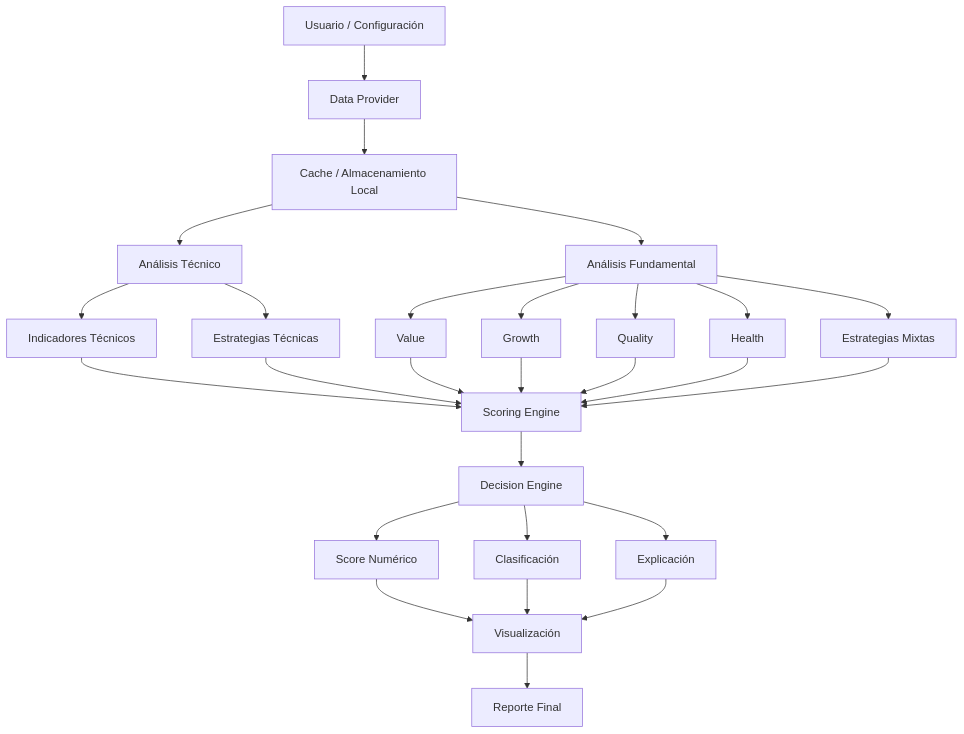
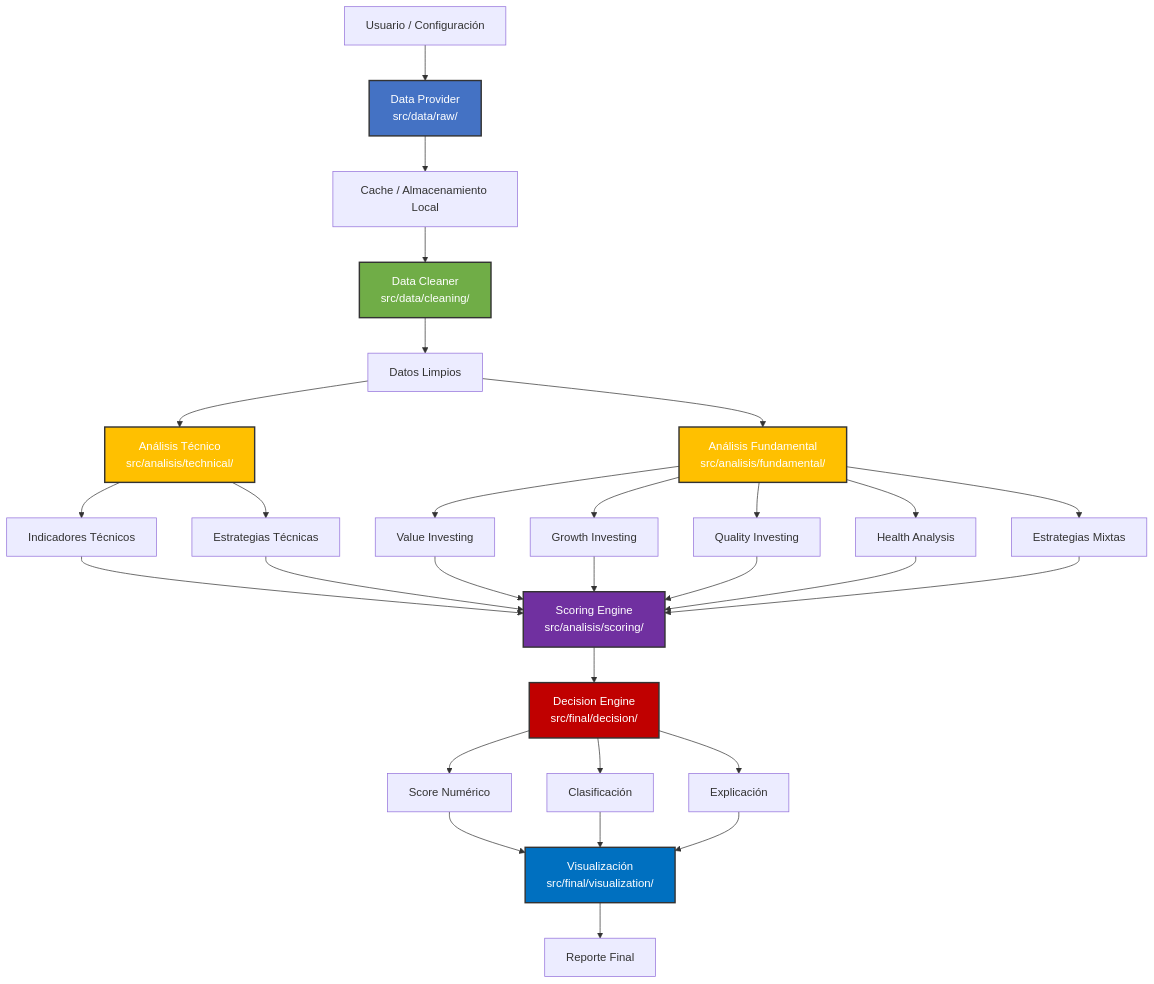
Before and after one commit to Romequinco/Sistema-De-Analisis-Financiero: the diagram in architecture_diagram.md, drawn with Mermaid. The commit also changed other lines of this file and 37 other files, not shown here.

````diff
--- a/architecture_diagram.md
+++ b/architecture_diagram.md
@@ -3,38 +3,49 @@
 ```mermaid
 flowchart TD
 
-A[Usuario / Configuración] --> B[Data Provider]
+A[Usuario / Configuración] --> B[Data Provider<br/>src/data/raw/]
 B --> C[Cache / Almacenamiento Local]
 
-C --> D[Análisis Técnico]
-C --> E[Análisis Fundamental]
+C --> D1[Data Cleaner<br/>src/data/cleaning/]
+D1 --> D2[Datos Limpios]
 
-D --> D1[Indicadores Técnicos]
-D --> D2[Estrategias Técnicas]
+D2 --> E[Análisis Técnico<br/>src/analisis/technical/]
+D2 --> F[Análisis Fundamental<br/>src/analisis/fundamental/]
 
-E --> E1[Value]
-E --> E2[Growth]
-E --> E3[Quality]
-E --> E4[Health]
-E --> E5[Estrategias Mixtas]
+E --> E1[Indicadores Técnicos]
+E --> E2[Estrategias Técnicas]
 
-D1 --> F[Scoring Engine]
-D2 --> F
-E1 --> F
-E2 --> F
-E3 --> F
-E4 --> F
-E5 --> F
+F --> F1[Value Investing]
+F --> F2[Growth Investing]
+F --> F3[Quality Investing]
+F --> F4[Health Analysis]
+F --> F5[Estrategias Mixtas]
 
-F --> G[Decision Engine]
+E1 --> G[Scoring Engine<br/>src/analisis/scoring/]
+E2 --> G
+F1 --> G
+F2 --> G
+F3 --> G
+F4 --> G
+F5 --> G
 
-G --> H1[Score Numérico]
-G --> H2[Clasificación]
-G --> H3[Explicación]
+G --> H[Decision Engine<br/>src/final/decision/]
 
-H1 --> I[Visualización]
+H --> H1[Score Numérico]
+H --> H2[Clasificación]
+H --> H3[Explicación]
+
+H1 --> I[Visualización<br/>src/final/visualization/]
 H2 --> I
 H3 --> I
 
 I --> J[Reporte Final]
+
+style B fill:#4472C4,stroke:#333,stroke-width:2px,color:#fff
+style D1 fill:#70AD47,stroke:#333,stroke-width:2px,color:#fff
+style E fill:#FFC000,stroke:#333,stroke-width:2px,color:#fff
+style F fill:#FFC000,stroke:#333,stroke-width:2px,color:#fff
+style G fill:#7030A0,stroke:#333,stroke-width:2px,color:#fff
+style H fill:#C00000,stroke:#333,stroke-width:2px,color:#fff
+style I fill:#0070C0,stroke:#333,stroke-width:2px,color:#fff
 ```
````
